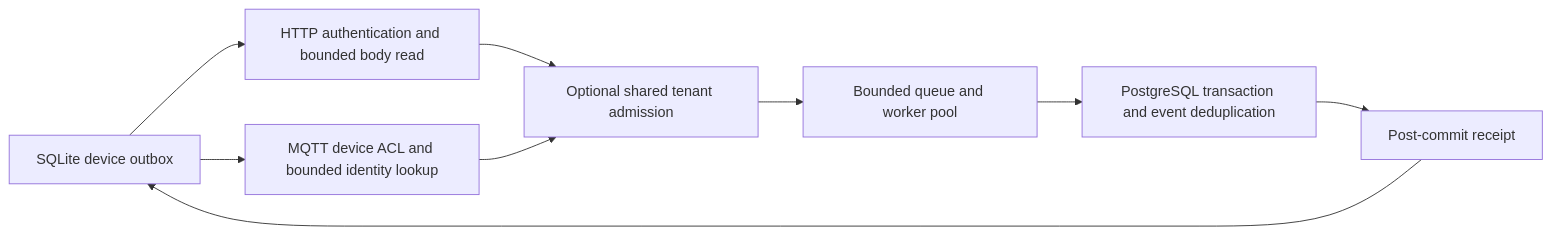
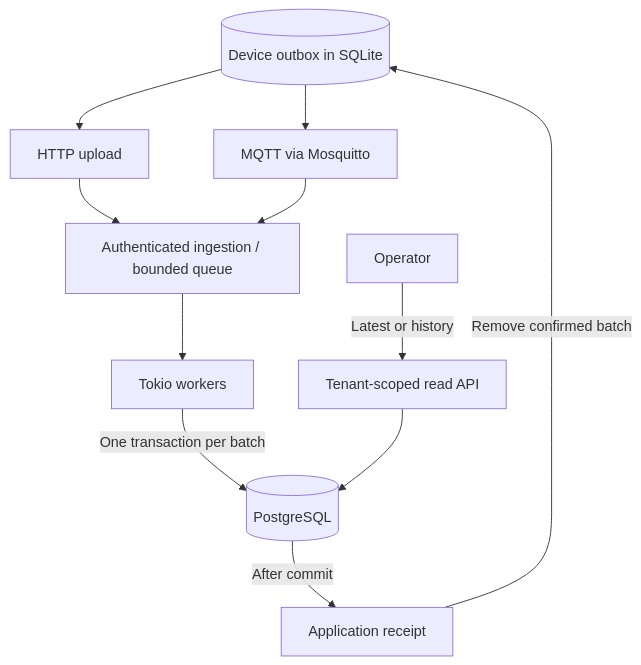
One commit to Jappynathaniel/FleetCore changed the first of 3 diagrams in README.md. Above: the diagram before and after it, drawn with Mermaid. The commit also changed other lines of this file and 3 other files, not shown here.

````diff
--- a/README.md
+++ b/README.md
@@ -53,11 +16,13 @@
 ```mermaid
-flowchart LR
-    Outbox[SQLite device outbox] --> HTTP[HTTP authentication and bounded body read]
-    Outbox --> MQTT[MQTT device ACL and bounded identity lookup]
-    HTTP --> Budget[Optional shared tenant admission]
-    MQTT --> Budget
-    Budget --> Queue[Bounded queue and worker pool]
-    Queue --> DB[PostgreSQL transaction and event deduplication]
-    DB --> Receipt[Post-commit receipt]
-    Receipt --> Outbox
+flowchart TD
+    O[(Device outbox in SQLite)] --> H[HTTP upload]
+    O --> M[MQTT via Mosquitto]
+    H --> Q[Authenticated ingestion / bounded queue]
+    M --> Q
+    Q --> W[Tokio workers]
+    W -->|One transaction per batch| P[(PostgreSQL)]
+    P -->|After commit| R[Application receipt]
+    R -->|Remove confirmed batch| O
+    U[Operator] -->|Latest or history| A[Tenant-scoped read API]
+    A --> P
 ```
````
